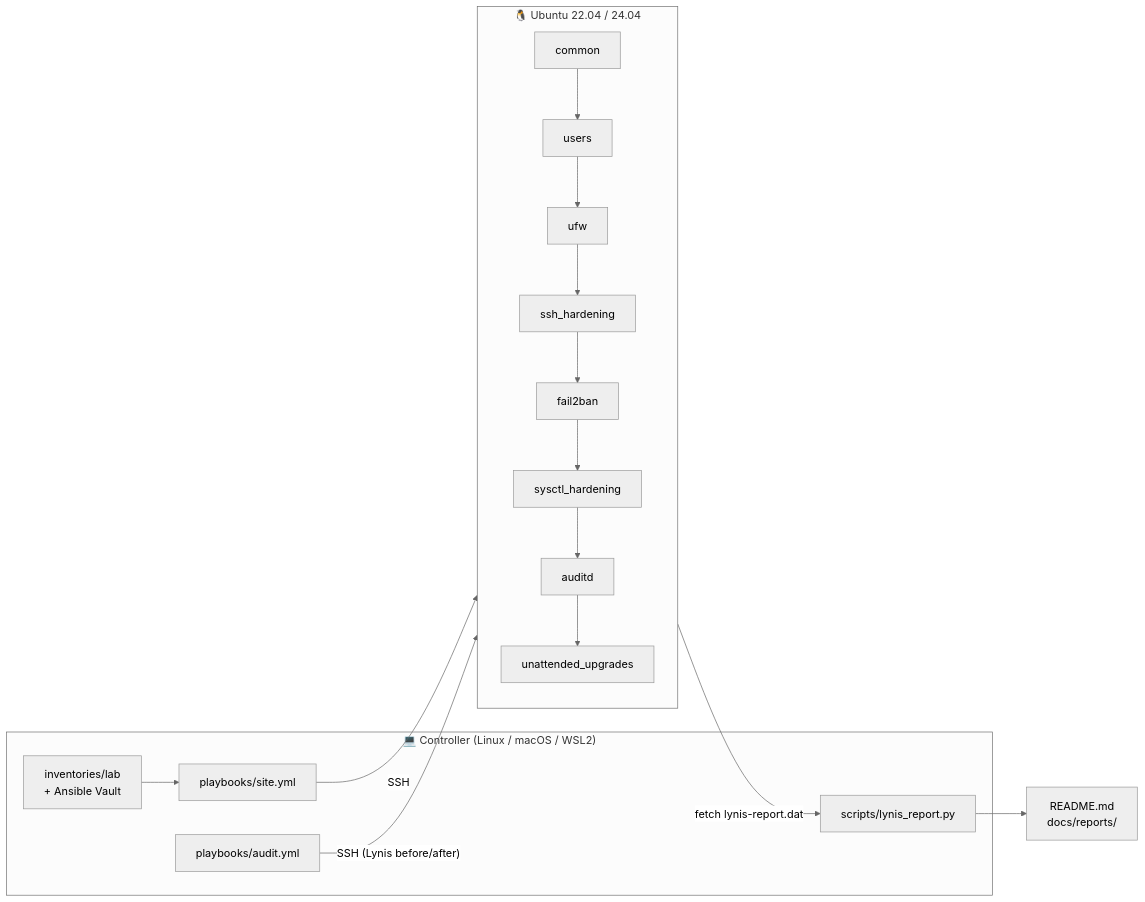
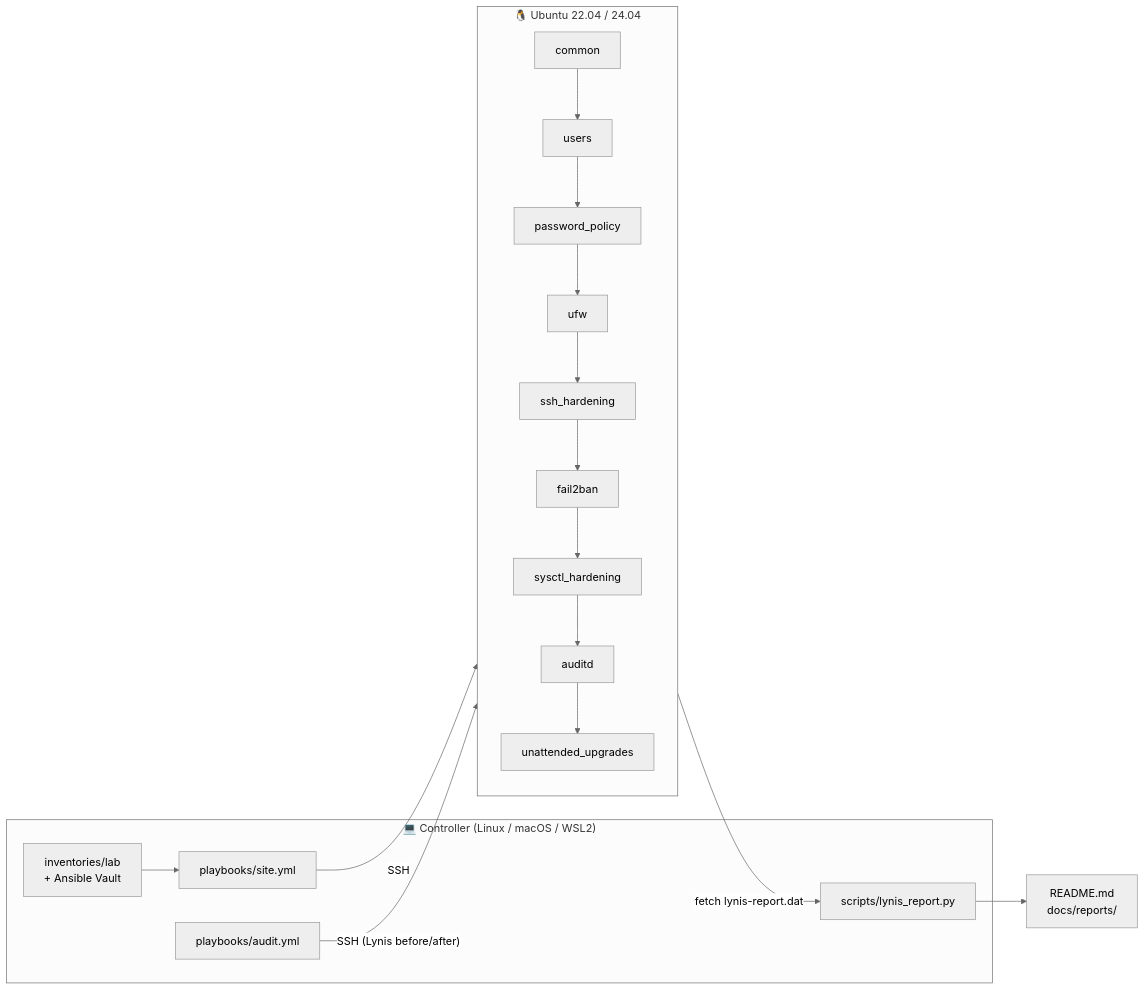
Before and after one commit to caiodassumpcao/server-hardening-kit: the first of 2 diagrams in README.en.md, drawn with Mermaid (neutral theme). The commit also changed other lines of this file and 14 other files, not shown here.

First line of the commit message:
feat: add password_policy role and close remaining low-risk Lynis findings

````diff
--- a/README.en.md
+++ b/README.en.md
@@ -106,21 +107,21 @@
 ```mermaid
 flowchart LR
     subgraph Controller["💻 Controller (Linux / macOS / WSL2)"]
         INV[inventories/lab<br/>+ Ansible Vault]
         PB[playbooks/site.yml]
         AUD[playbooks/audit.yml]
         REP[scripts/lynis_report.py]
     end
 
     subgraph Target["🐧 Ubuntu 22.04 / 24.04"]
         direction TB
-        C[common] --> U[users] --> F[ufw] --> S[ssh_hardening]
+        C[common] --> U[users] --> P[password_policy] --> F[ufw] --> S[ssh_hardening]
         S --> FB[fail2ban] --> K[sysctl_hardening] --> A[auditd] --> UU[unattended_upgrades]
     end
 
     INV --> PB
     PB -- SSH --> Target
     AUD -- "SSH (Lynis before/after)" --> Target
     Target -- "fetch lynis-report.dat" --> REP
     REP --> README[README.md<br/>docs/reports/]
 ```
````
